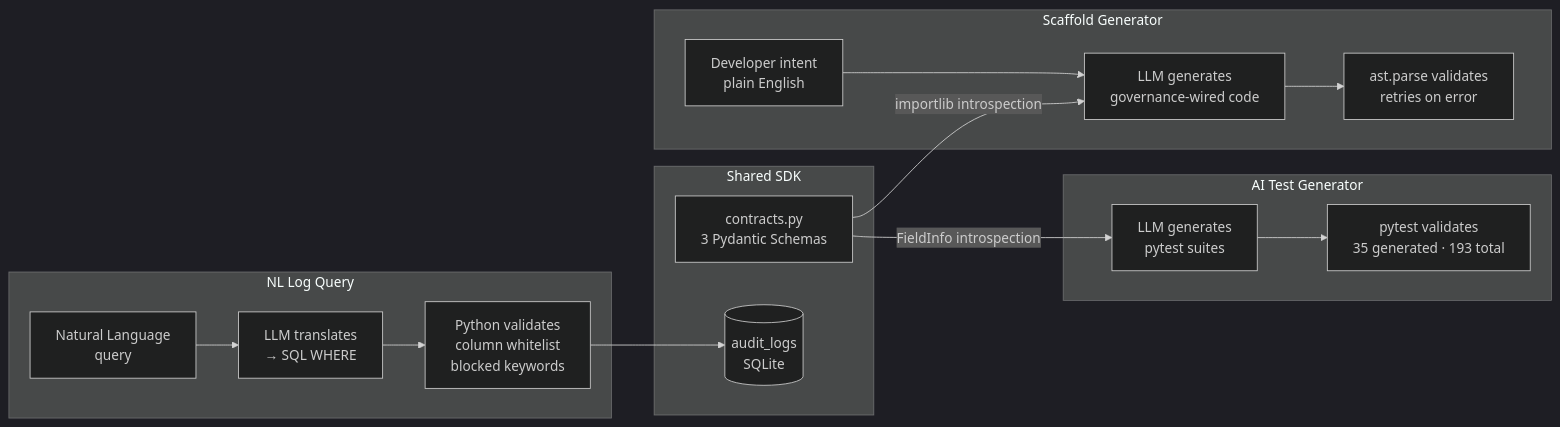
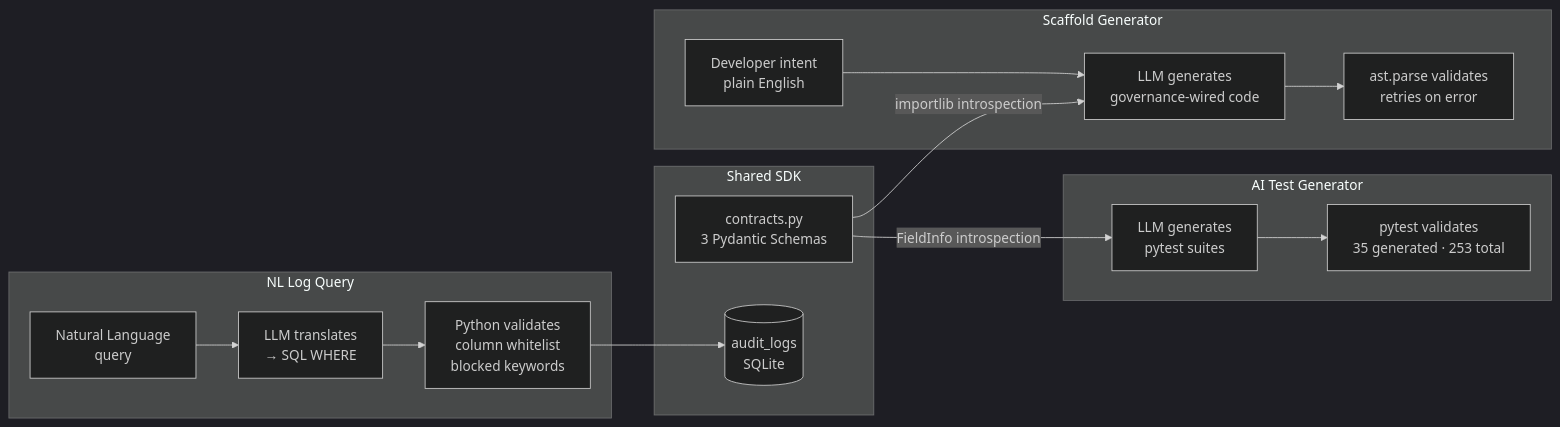
The seventh of 8 diagrams in ARCHITECTURE.md (kmufti7/intelliflow-os), drawn with Mermaid (dark theme) before and after one commit. The commit also changed other lines of this file and 32 other files, not shown here.

Commit message:
Session 26: VRM cleanup, C1 evidence sweep, C3-C6 tasks, 8 PRDs, Phase 3 roadmap, maturity milestone, Codex remediation

````diff
--- a/ARCHITECTURE.md
+++ b/ARCHITECTURE.md
@@ -165,24 +165,24 @@
 ```mermaid
 flowchart LR
   subgraph Shared SDK
     SC[contracts.py<br/>3 Pydantic Schemas]
     AL[(audit_logs<br/>SQLite)]
   end
 
   subgraph AI Test Generator
     SC -->|FieldInfo introspection| TG[LLM generates<br/>pytest suites]
-    TG --> PY[pytest validates<br/>35 generated · 193 total]
+    TG --> PY[pytest validates<br/>35 generated · 253 total]
   end
 
   subgraph NL Log Query
     NL[Natural Language<br/>query] --> LLM1[LLM translates<br/>→ SQL WHERE]
     LLM1 --> VAL[Python validates<br/>column whitelist<br/>blocked keywords]
     VAL --> AL
   end
 
   subgraph Scaffold Generator
     DESC[Developer intent<br/>plain English] --> LLM2[LLM generates<br/>governance-wired code]
     SC -->|importlib introspection| LLM2
     LLM2 --> AST[ast.parse validates<br/>retries on error]
   end
 ```
````
